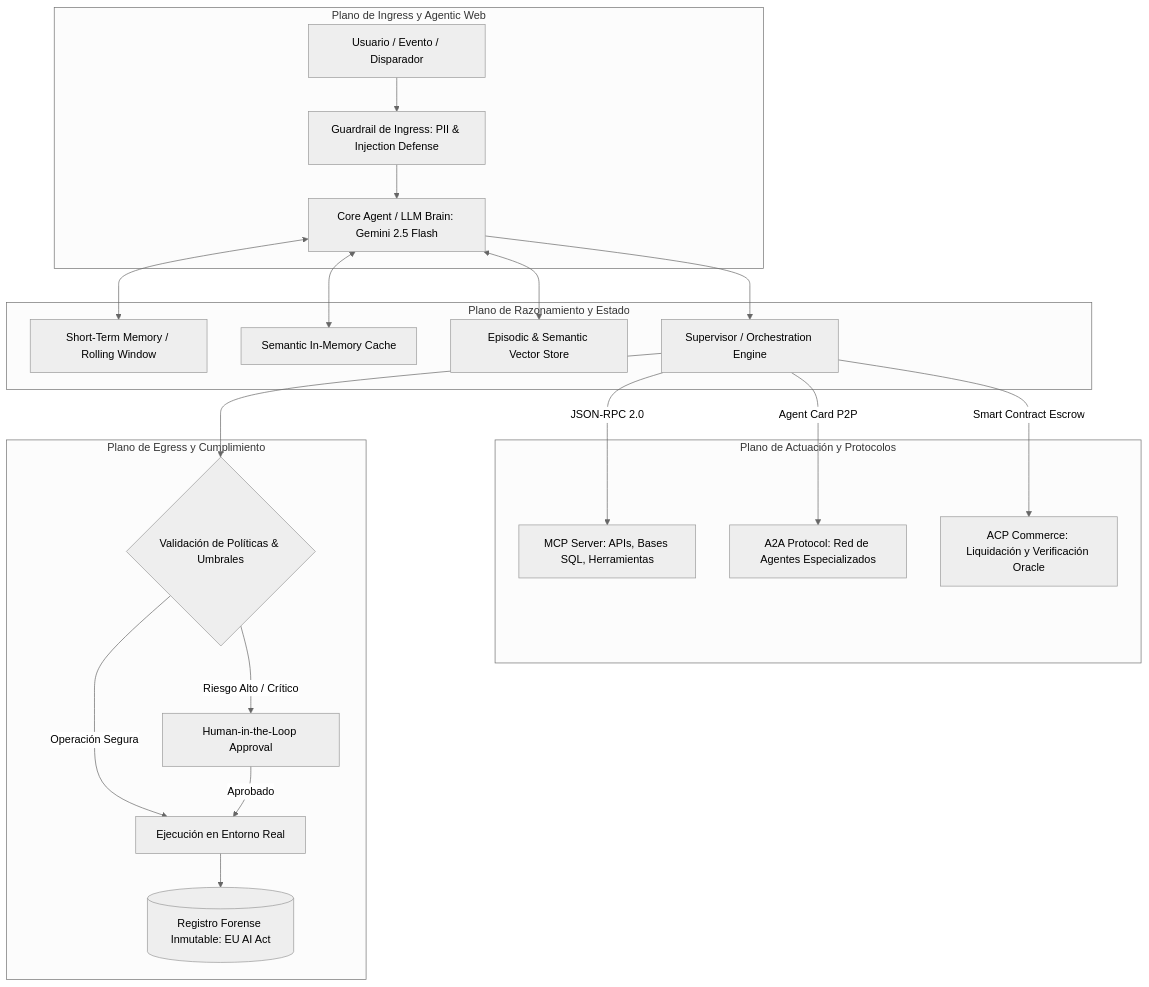
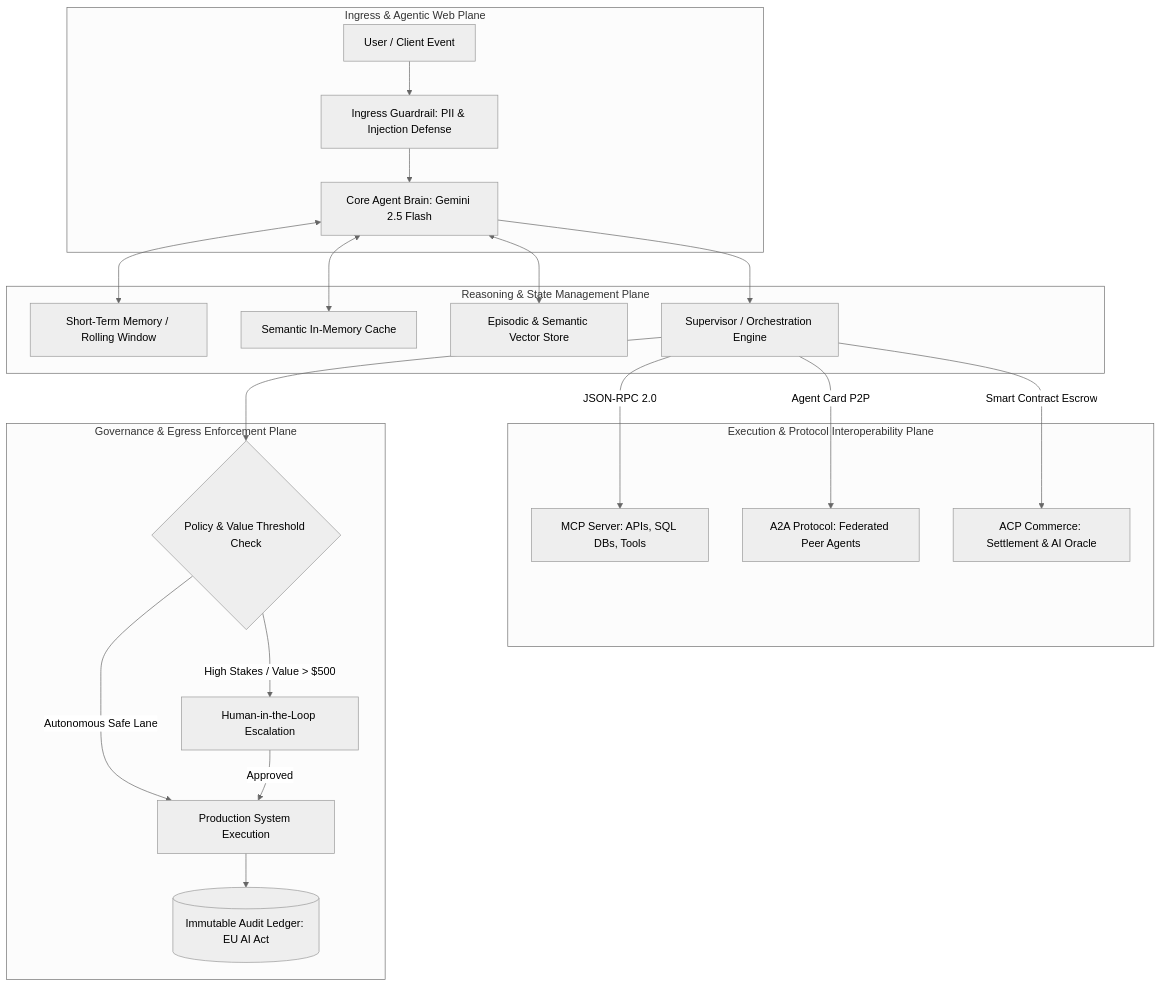
Before and after one commit to OscarTMa/ai-agents-in-practice: the first of 5 diagrams in README.md, drawn with Mermaid (neutral theme). The commit also changed other lines of this file, not shown here.

````diff
--- a/README.md
+++ b/README.md
@@ -55,28 +55,28 @@
 ```mermaid
 graph TD
-    subgraph Client_and_Web [Plano de Ingress y Agentic Web]
-        User[Usuario / Evento / Disparador] --> IngressShield[Guardrail de Ingress: PII & Injection Defense]
-        IngressShield --> AgentCore[Core Agent / LLM Brain: Gemini 2.5 Flash]
+    subgraph Ingress_and_Agentic_Web [Ingress & Agentic Web Plane]
+        User[User / Client Event] --> IngressShield[Ingress Guardrail: PII & Injection Defense]
+        IngressShield --> AgentCore[Core Agent Brain: Gemini 2.5 Flash]
     end
 
-    subgraph Orchestration_and_Memory [Plano de Razonamiento y Estado]
+    subgraph Reasoning_and_Memory [Reasoning & State Management Plane]
         AgentCore <--> STM[Short-Term Memory / Rolling Window]
         AgentCore <--> SemCache[Semantic In-Memory Cache]
         AgentCore <--> LTM[Episodic & Semantic Vector Store]
         AgentCore --> Supervisor[Supervisor / Orchestration Engine]
     end
 
-    subgraph Execution_and_Protocols [Plano de Actuación y Protocolos]
-        Supervisor -->|JSON-RPC 2.0| MCP[MCP Server: APIs, Bases SQL, Herramientas]
-        Supervisor -->|Agent Card P2P| A2A[A2A Protocol: Red de Agentes Especializados]
-        Supervisor -->|Smart Contract Escrow| ACP[ACP Commerce: Liquidación y Verificación Oracle]
+    subgraph Execution_and_Protocols [Execution & Protocol Interoperability Plane]
+        Supervisor -->|JSON-RPC 2.0| MCP[MCP Server: APIs, SQL DBs, Tools]
+        Supervisor -->|Agent Card P2P| A2A[A2A Protocol: Federated Peer Agents]
+        Supervisor -->|Smart Contract Escrow| ACP[ACP Commerce: Settlement & AI Oracle]
     end
 
-    subgraph Governance_and_Egress [Plano de Egress y Cumplimiento]
-        Supervisor --> PolicyGate{Validación de Políticas & Umbrales}
-        PolicyGate -->|Riesgo Alto / Crítico| HITL[Human-in-the-Loop Approval]
-        PolicyGate -->|Operación Segura| TargetExec[Ejecución en Entorno Real]
-        HITL -->|Aprobado| TargetExec
-        TargetExec --> AuditTrail[(Registro Forense Inmutable: EU AI Act)]
+    subgraph Governance_and_Egress [Governance & Egress Enforcement Plane]
+        Supervisor --> PolicyGate{Policy & Value Threshold Check}
+        PolicyGate -->|High Stakes / Value > $500| HITL[Human-in-the-Loop Escalation]
+        PolicyGate -->|Autonomous Safe Lane| TargetExec[Production System Execution]
+        HITL -->|Approved| TargetExec
+        TargetExec --> AuditTrail[(Immutable Audit Ledger: EU AI Act)]
     end
 ```
````
